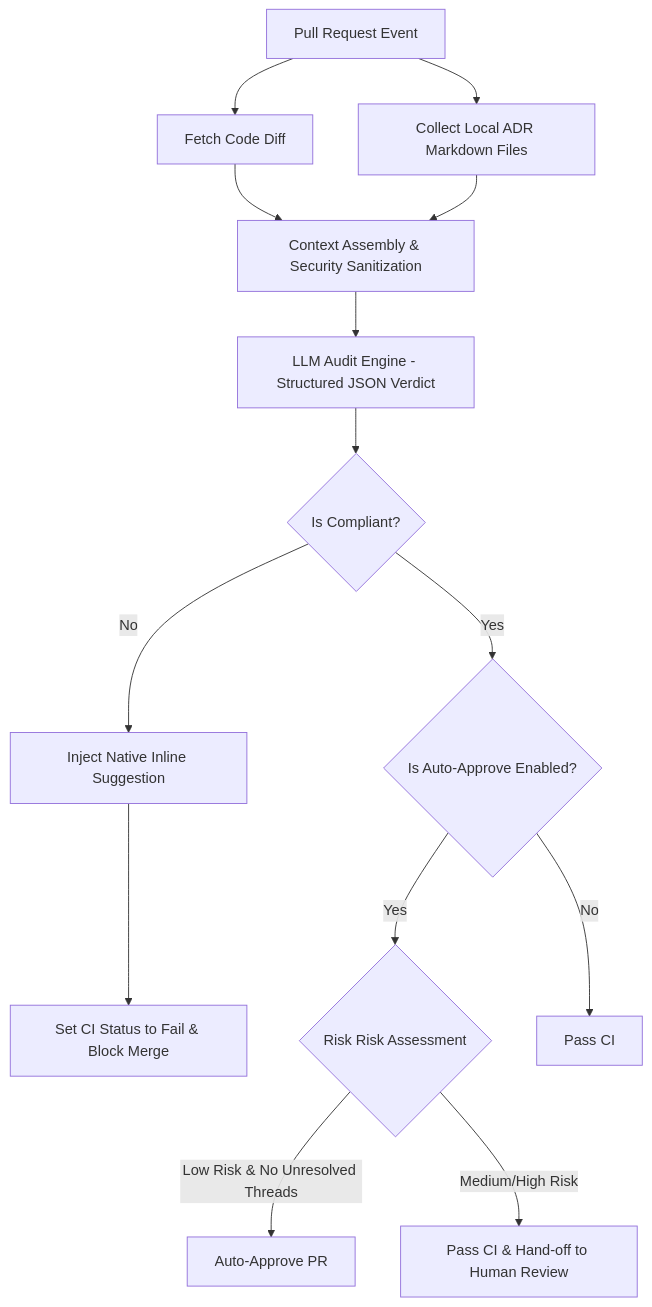
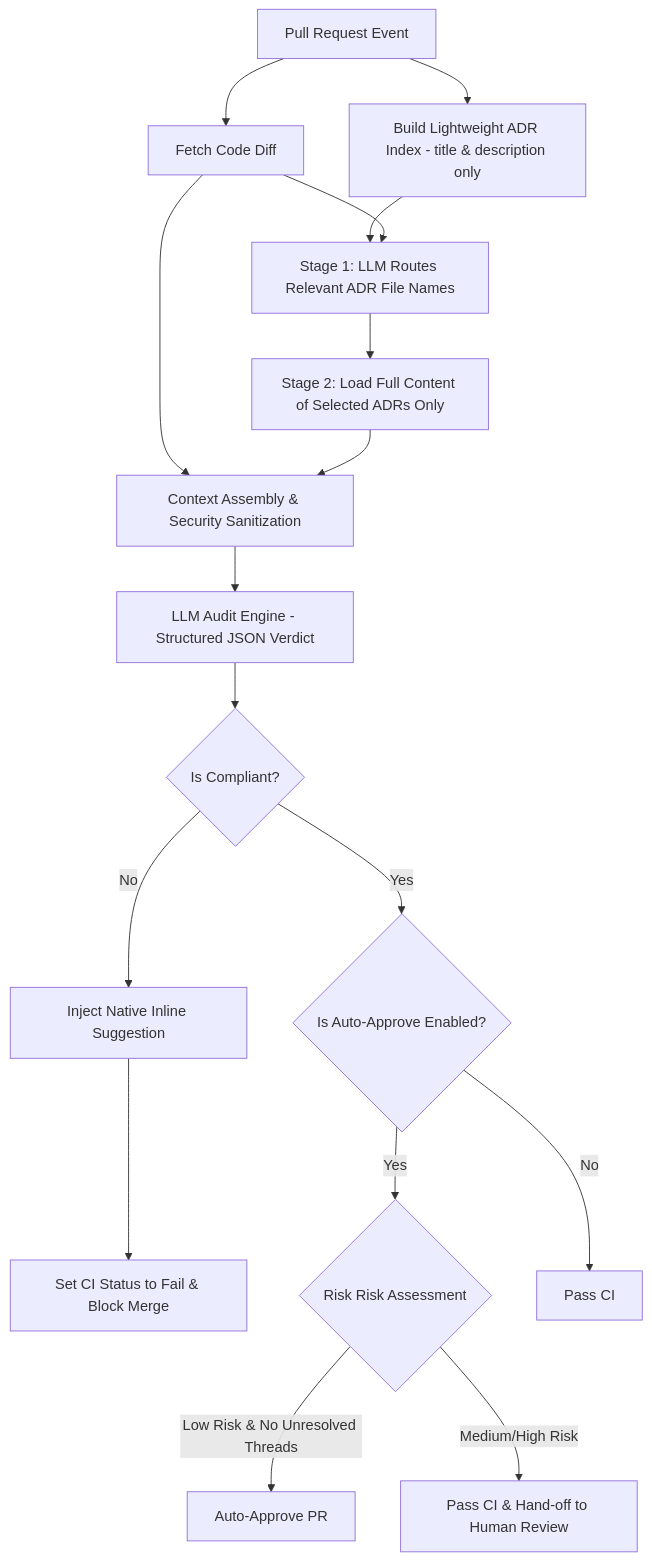
Before and after one commit to y-matsuo081991/ai-adr-enforcer: the diagram in README.md, drawn with Mermaid. The commit also changed 15 other files, not shown here.

First line of the commit message:
feat: hybrid two-stage ADR corpus retrieval to fix MAX_ADR_SIZE fail-closed (ADR-013)

````diff
--- a/README.md
+++ b/README.md
@@ -191,16 +191,19 @@
 ```mermaid
 graph TD
     A[Pull Request Event] --> B[Fetch Code Diff]
-    A --> C[Collect Local ADR Markdown Files]
+    A --> C1[Build Lightweight ADR Index - title & description only]
+    C1 --> C2[Stage 1: LLM Routes Relevant ADR File Names]
+    B --> C2
+    C2 --> C3[Stage 2: Load Full Content of Selected ADRs Only]
     B --> D[Context Assembly & Security Sanitization]
-    C --> D
+    C3 --> D
     D --> E[LLM Audit Engine - Structured JSON Verdict]
     E --> F{Is Compliant?}
     F -- No --> G[Inject Native Inline Suggestion]
     G --> H[Set CI Status to Fail & Block Merge]
     F -- Yes --> I{Is Auto-Approve Enabled?}
     I -- Yes --> J{Risk Risk Assessment}
     J -- Low Risk & No Unresolved Threads --> K[Auto-Approve PR]
     J -- Medium/High Risk --> L[Pass CI & Hand-off to Human Review]
     I -- No --> M[Pass CI]
 ```
````
